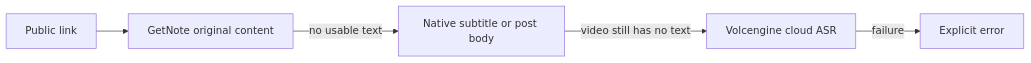
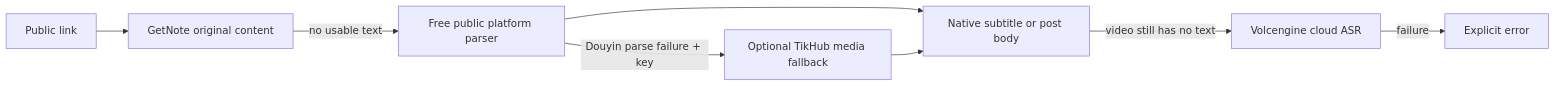
The diagram in README.md (JNHFlow21/social-media-toolkit), drawn with Mermaid before and after one commit. The commit also changed other lines of this file and 16 other files, not shown here.

First line of the commit message:
feat: add optional TikHub fallback for Douyin (#15)

````diff
--- a/README.md
+++ b/README.md
@@ -124,7 +127,10 @@
 ```mermaid
 flowchart LR
     U["Public link"] --> G["GetNote original content"]
-    G -->|"no usable text"| N["Native subtitle or post body"]
+    G -->|"no usable text"| P["Free public platform parser"]
+    P -->|"Douyin parse failure + key"| H["Optional TikHub media fallback"]
+    P --> N["Native subtitle or post body"]
+    H --> N
     N -->|"video still has no text"| V["Volcengine cloud ASR"]
     V -->|"failure"| E["Explicit error"]
 ```
````
